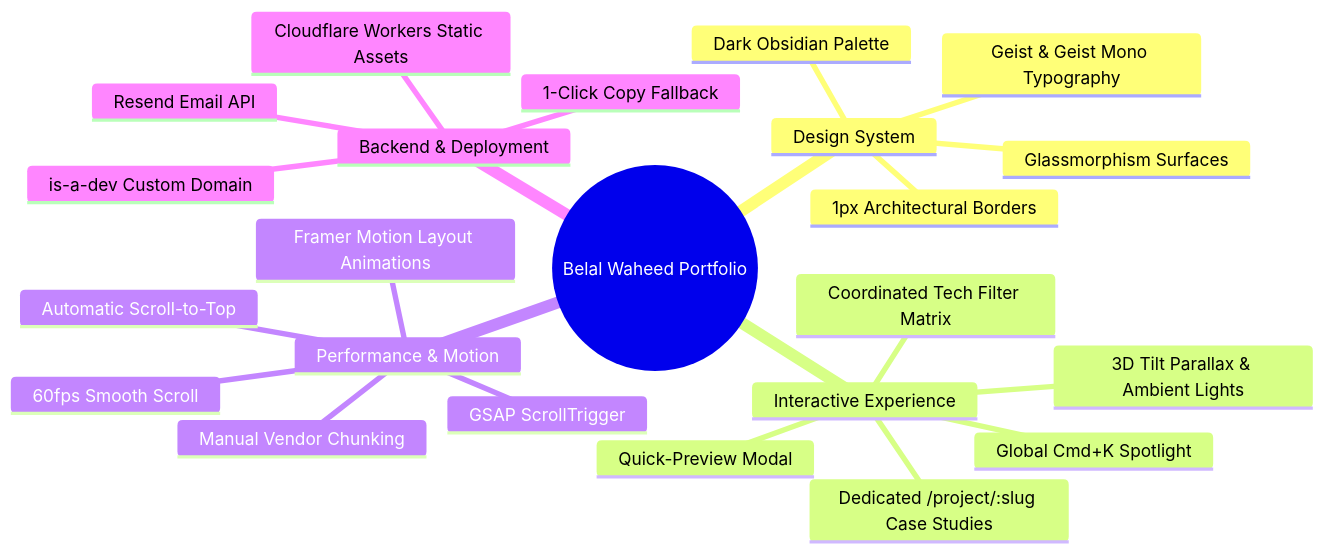
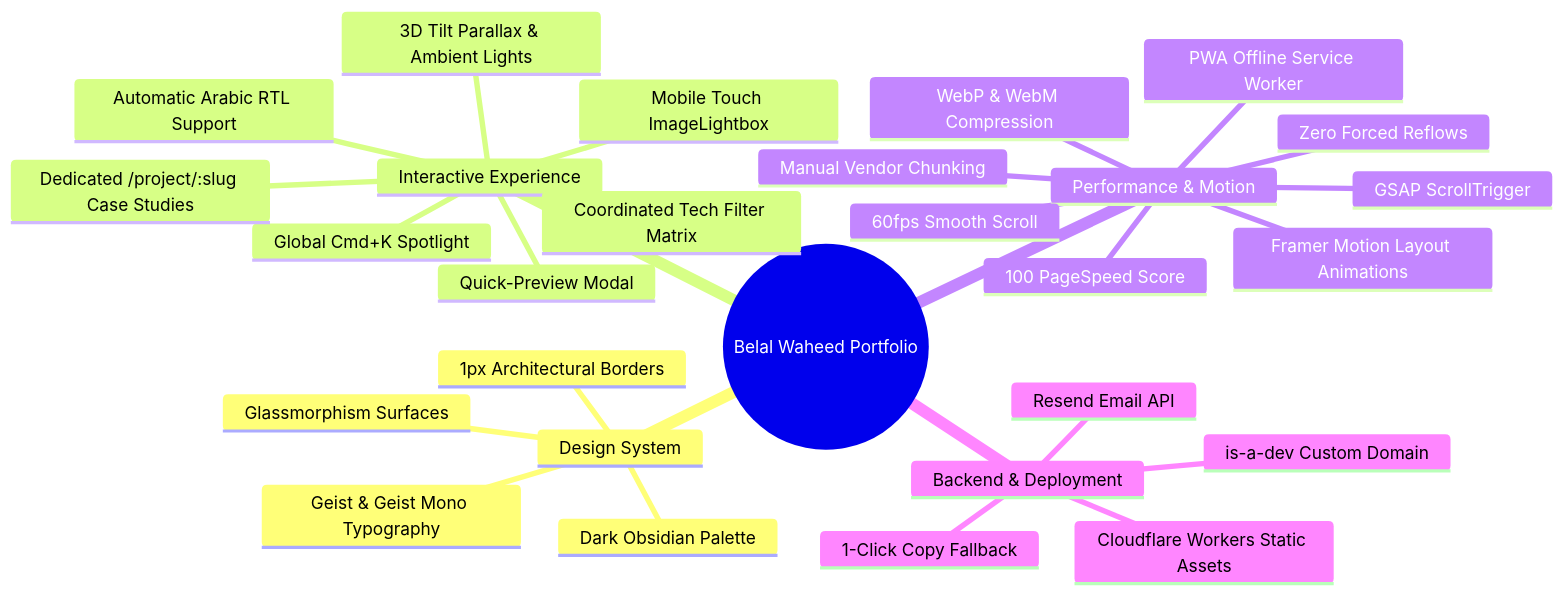
Before and after one commit to BelalWaheed/portfolio: the diagram in docs/overview.md, drawn with Mermaid. The commit also changed other lines of this file and 1 other file, not shown here.

Commit message:
feat: complete performance, mobile lightbox, RTL support, and PWA optimizations

````diff
--- a/docs/overview.md
+++ b/docs/overview.md
@@ -19,26 +21,31 @@
 ```mermaid
 mindmap
   root((Belal Waheed Portfolio))
     Design System
       Dark Obsidian Palette
       Geist & Geist Mono Typography
       1px Architectural Borders
       Glassmorphism Surfaces
     Interactive Experience
       Global Cmd+K Spotlight
       Coordinated Tech Filter Matrix
       Dedicated /project/:slug Case Studies
+      Mobile Touch ImageLightbox
+      Automatic Arabic RTL Support
       Quick-Preview Modal
       3D Tilt Parallax & Ambient Lights
     Performance & Motion
+      100 PageSpeed Score
       60fps Smooth Scroll
+      Zero Forced Reflows
+      WebP & WebM Compression
       GSAP ScrollTrigger
       Framer Motion Layout Animations
-      Automatic Scroll-to-Top
       Manual Vendor Chunking
+      PWA Offline Service Worker
     Backend & Deployment
       Cloudflare Workers Static Assets
       Resend Email API
       1-Click Copy Fallback
       is-a-dev Custom Domain
 ```
````
